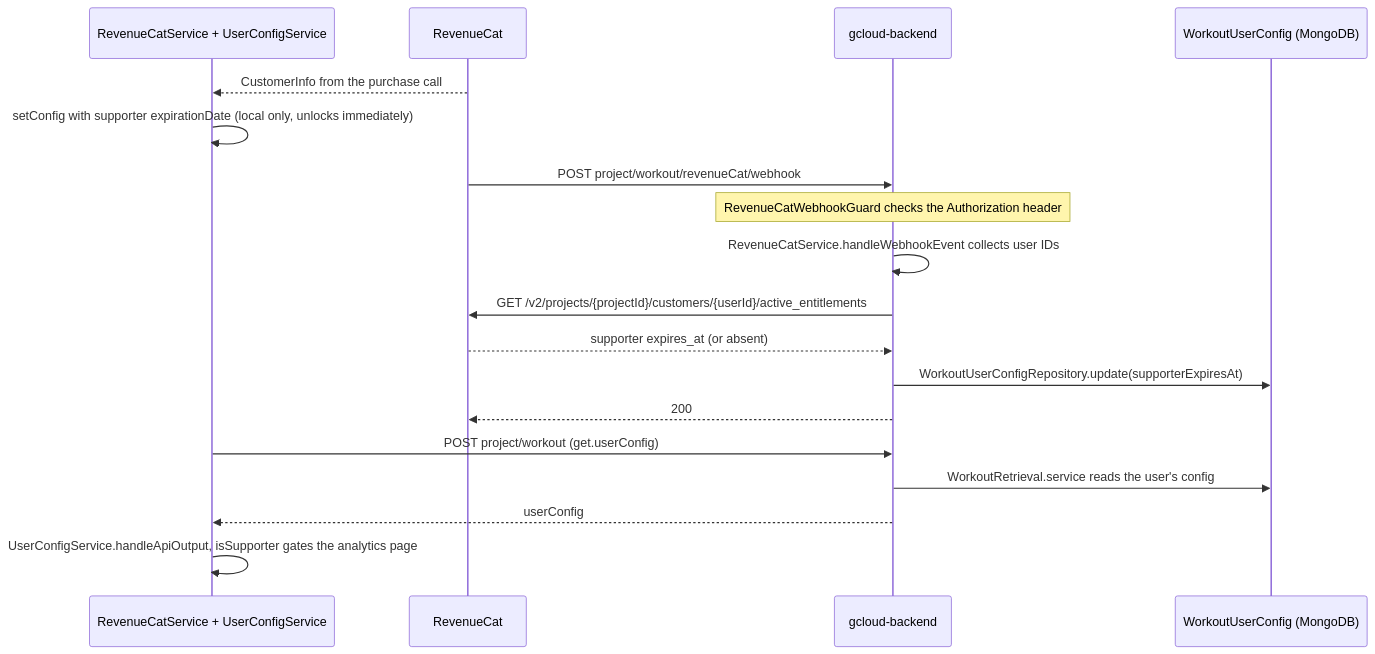
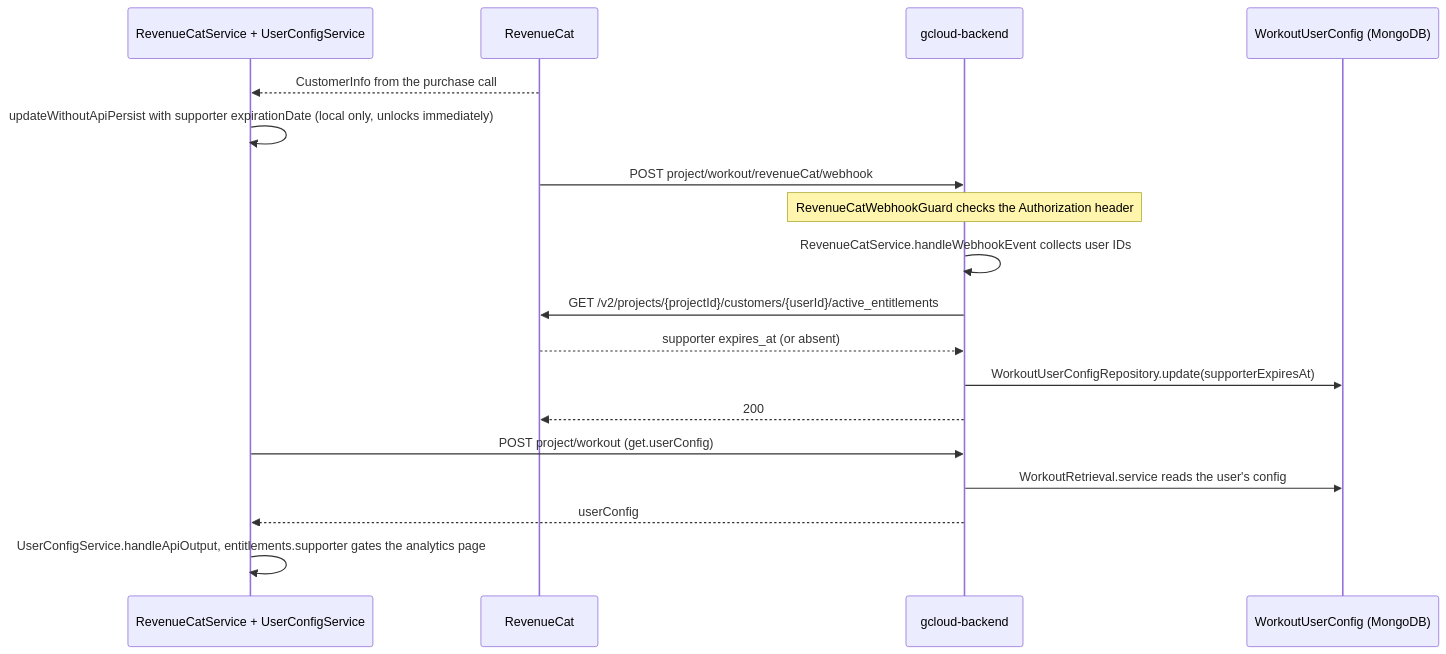
One commit to aneuhold/workout changed the third of 3 diagrams in docs/payments-info.md. Above: the diagram before and after it, drawn with Mermaid. The commit also changed 7 other files, not shown here.

````diff
--- a/docs/payments-info.md
+++ b/docs/payments-info.md
@@ -48,23 +48,23 @@
 ```mermaid
 sequenceDiagram
   participant App as RevenueCatService + UserConfigService
   participant RC as RevenueCat
   participant BE as gcloud-backend
   participant DB as WorkoutUserConfig (MongoDB)
 
   RC-->>App: CustomerInfo from the purchase call
-  App->>App: setConfig with supporter expirationDate (local only, unlocks immediately)
+  App->>App: updateWithoutApiPersist with supporter expirationDate (local only, unlocks immediately)
 
   RC->>BE: POST project/workout/revenueCat/webhook
   Note over BE: RevenueCatWebhookGuard checks the Authorization header
   BE->>BE: RevenueCatService.handleWebhookEvent collects user IDs
   BE->>RC: GET /v2/projects/{projectId}/customers/{userId}/active_entitlements
   RC-->>BE: supporter expires_at (or absent)
   BE->>DB: WorkoutUserConfigRepository.update(supporterExpiresAt)
   BE-->>RC: 200
 
   App->>BE: POST project/workout (get.userConfig)
   BE->>DB: WorkoutRetrieval.service reads the user's config
   BE-->>App: userConfig
-  App->>App: UserConfigService.handleApiOutput, isSupporter gates the analytics page
+  App->>App: UserConfigService.handleApiOutput, entitlements.supporter gates the analytics page
 ```
````
